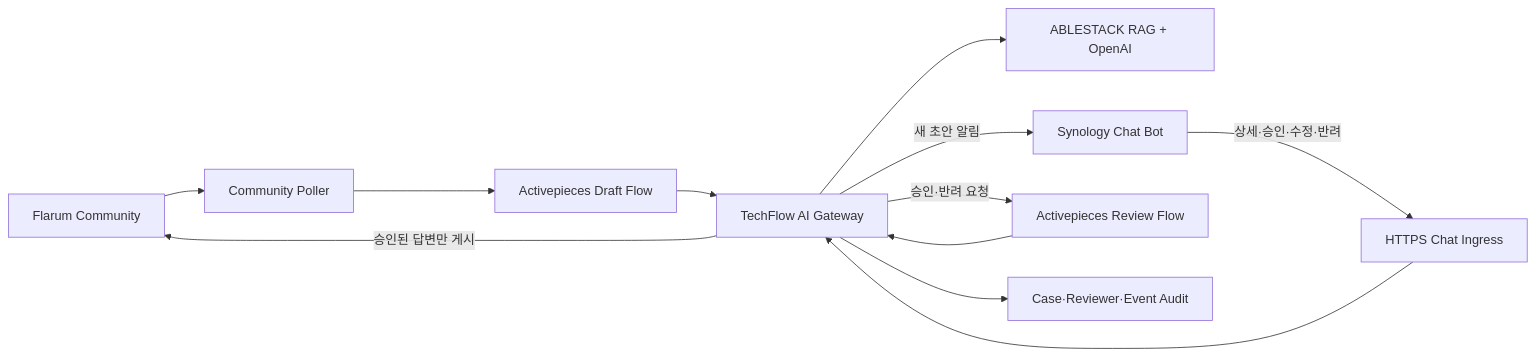
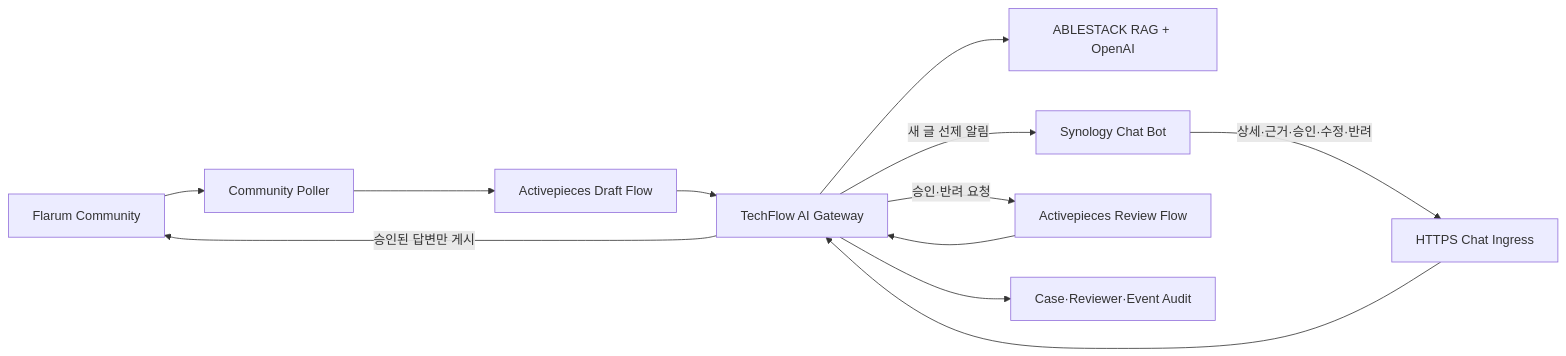
The diagram in docs/plans/issue-22-chat-community-approval-design.md (ablecloud-team/ablestack-techflow), drawn with Mermaid before and after one commit. The commit also changed other lines of this file and 25 other files, not shown here.

````diff
--- a/docs/plans/issue-22-chat-community-approval-design.md
+++ b/docs/plans/issue-22-chat-community-approval-design.md
@@ -9,14 +9,14 @@
 ```mermaid
 flowchart LR
     F["Flarum Community"] --> P["Community Poller"]
     P --> APD["Activepieces Draft Flow"]
     APD --> G["TechFlow AI Gateway"]
     G --> R["ABLESTACK RAG + OpenAI"]
-    G -->|"새 초안 알림"| C["Synology Chat Bot"]
-    C -->|"상세·승인·수정·반려"| I["HTTPS Chat Ingress"]
+    G -->|"새 글 선제 알림"| C["Synology Chat Bot"]
+    C -->|"상세·근거·승인·수정·반려"| I["HTTPS Chat Ingress"]
     I --> G
     G -->|"승인·반려 요청"| APR["Activepieces Review Flow"]
     APR --> G
     G -->|"승인된 답변만 게시"| F
     G --> A["Case·Reviewer·Event Audit"]
 ```
````
